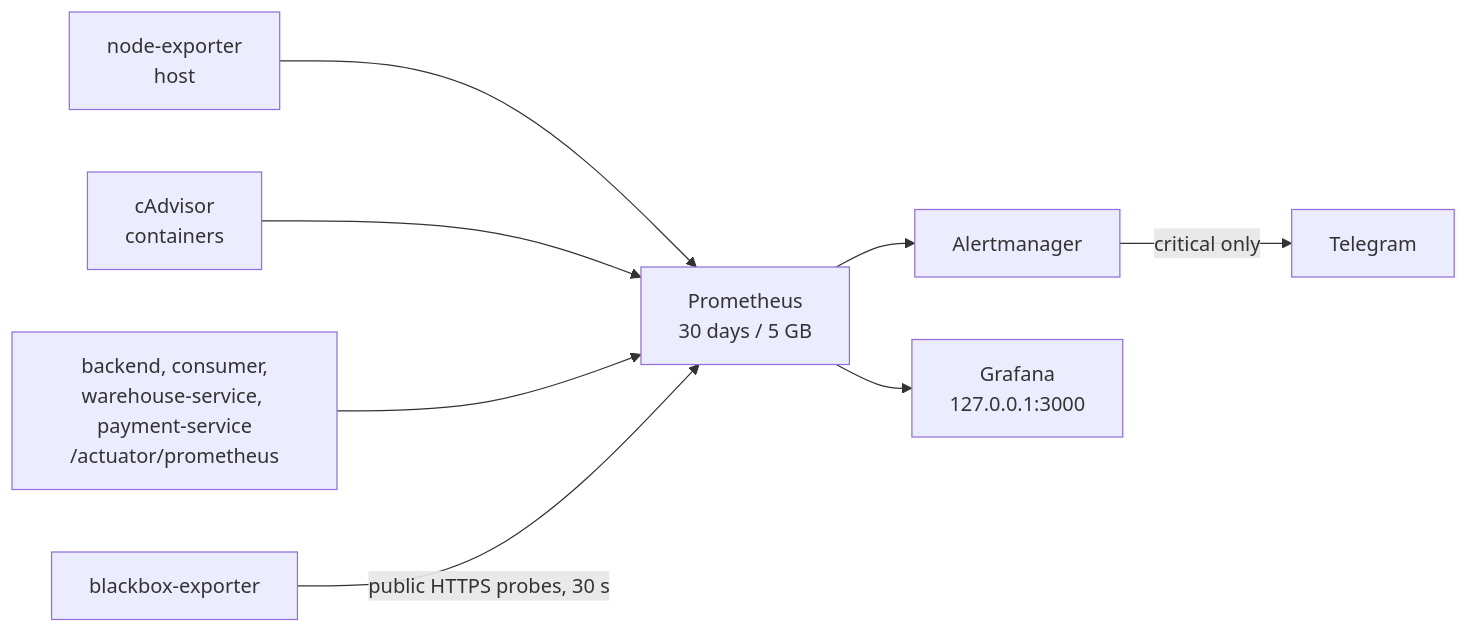
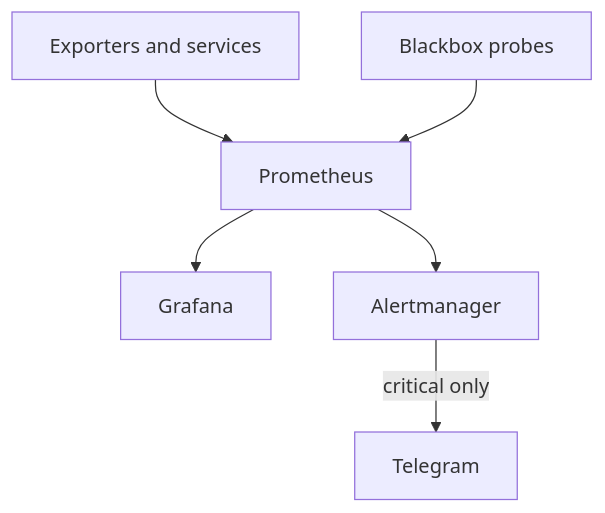
The diagram in docs-site/docs/operations/monitoring.md (slawekradzyminski/awesome-localstack), drawn with Mermaid before and after one commit. The commit also changed 27 other files, not shown here.

First line of the commit message:
Fix unrendered wiki diagrams and make every diagram readable

````diff
--- a/docs-site/docs/operations/monitoring.md
+++ b/docs-site/docs/operations/monitoring.md
@@ -5,9 +5,8 @@
 ```mermaid
-flowchart LR
-    N[node-exporter<br/>host] --> P[Prometheus<br/>30 days / 5 GB]
-    CA[cAdvisor<br/>containers] --> P
-    S[backend, consumer,<br/>warehouse-service, payment-service<br/>/actuator/prometheus] --> P
-    BB[blackbox-exporter] -->|public HTTPS probes, 30 s| P
-    P --> AM[Alertmanager] -->|critical only| T[Telegram]
-    P --> GR[Grafana<br/>127.0.0.1:3000]
+flowchart TB
+    X[Exporters and services] --> P[Prometheus]
+    BB[Blackbox probes] --> P
+    P --> GR[Grafana]
+    P --> AM[Alertmanager]
+    AM -->|critical only| T[Telegram]
 ```
````
